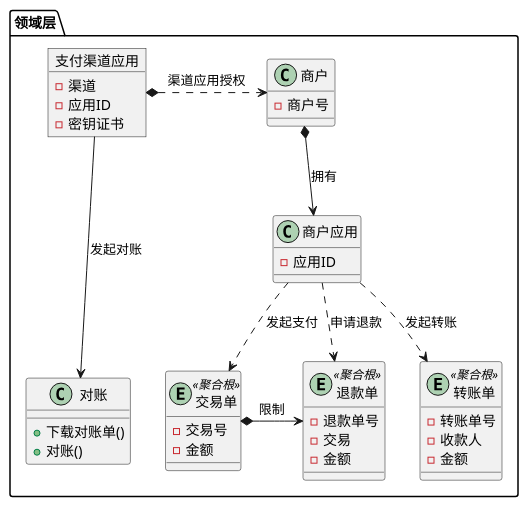
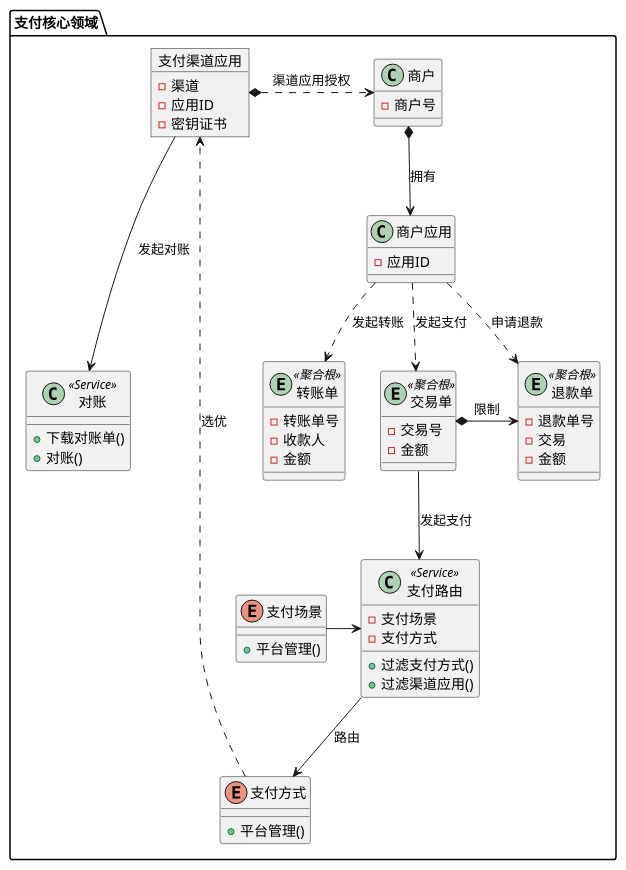
The second of 2 diagrams in docs/payments/index.md (red-jasmine/docs), drawn with PlantUML before and after one commit. The commit also changed other lines of this file, not shown here.

First line of the commit message:
docs(payments): 更新支付系统概念和架构图

````diff
--- a/docs/payments/index.md
+++ b/docs/payments/index.md
@@ -83,58 +73,76 @@
 ```plantuml
 @startuml
 
-package 领域层 {
+package 支付核心领域 {
 
 object 支付渠道应用{
 	- 渠道
 	- 应用ID
 	- 密钥证书
 }
 
 class 商户{
 - 商户号
 }
 class 商户应用{
 - 应用ID
 }
 支付渠道应用 *.> 商户: 渠道应用授权
 
 商户 *-->  商户应用:拥有
 
 
 entity 交易单 <<聚合根>>{
  - 交易号
  - 金额
 }
 
 entity 退款单 <<聚合根>>{
 - 退款单号
 - 交易
 - 金额
 }
 交易单 *-> 退款单: 限制
 
 entity 转账单 <<聚合根>>{
 - 转账单号
 - 收款人
 - 金额
 }
 
 商户应用 ..> 交易单: 发起支付
 商户应用 ..> 退款单: 申请退款
 商户应用 ..> 转账单: 发起转账
 
 
+class 支付路由 << Service >> {
+	- 支付场景
+	- 支付方式
+	+ 过滤支付方式()
+	+ 过滤渠道应用()
+}
+enum 支付场景{
++ 平台管理()
+}
+enum 支付方式{
++ 平台管理()
+}
+交易单 --> 支付路由: 发起支付
+支付场景 -> 支付路由
+支付路由 --> 支付方式: 路由
+
+支付方式 ..> 支付渠道应用: 选优
 
 
-class 对账{
+
+class 对账 << Service >> {
 +下载对账单()
 +对账()
 }
 
 支付渠道应用 ---> 对账:发起对账 
 
 }
 
 @enduml
 ```
````
